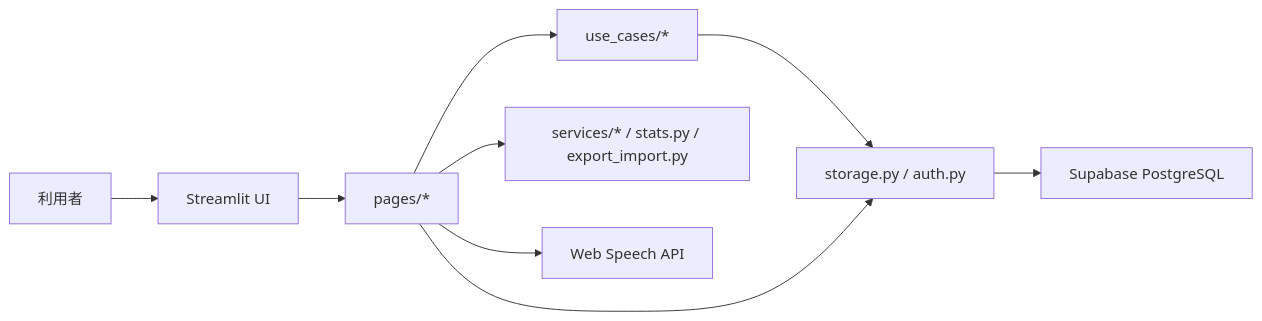
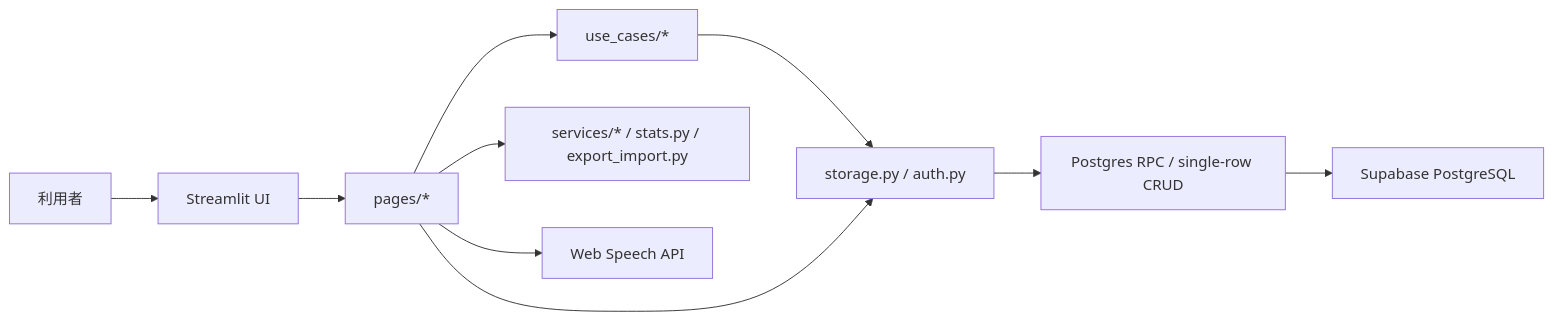
One commit to shusuke-appdev/AI-powered-memorization-app changed the diagram in ARCHITECTURE.md. Above: the diagram before and after it, drawn with Mermaid. The commit also changed other lines of this file and 41 other files, not shown here.

````diff
--- a/ARCHITECTURE.md
+++ b/ARCHITECTURE.md
@@ -7,11 +7,12 @@
 ```mermaid
 flowchart LR
     User["利用者"] --> Streamlit["Streamlit UI"]
     Streamlit --> Pages["pages/*"]
     Pages --> UseCases["use_cases/*"]
     Pages --> Services["services/* / stats.py / export_import.py"]
     UseCases --> Storage["storage.py / auth.py"]
     Pages --> Storage
-    Storage --> DB["Supabase PostgreSQL"]
+    Storage --> RPC["Postgres RPC / single-row CRUD"]
+    RPC --> DB["Supabase PostgreSQL"]
     Pages --> BrowserSpeech["Web Speech API"]
 ```
````
